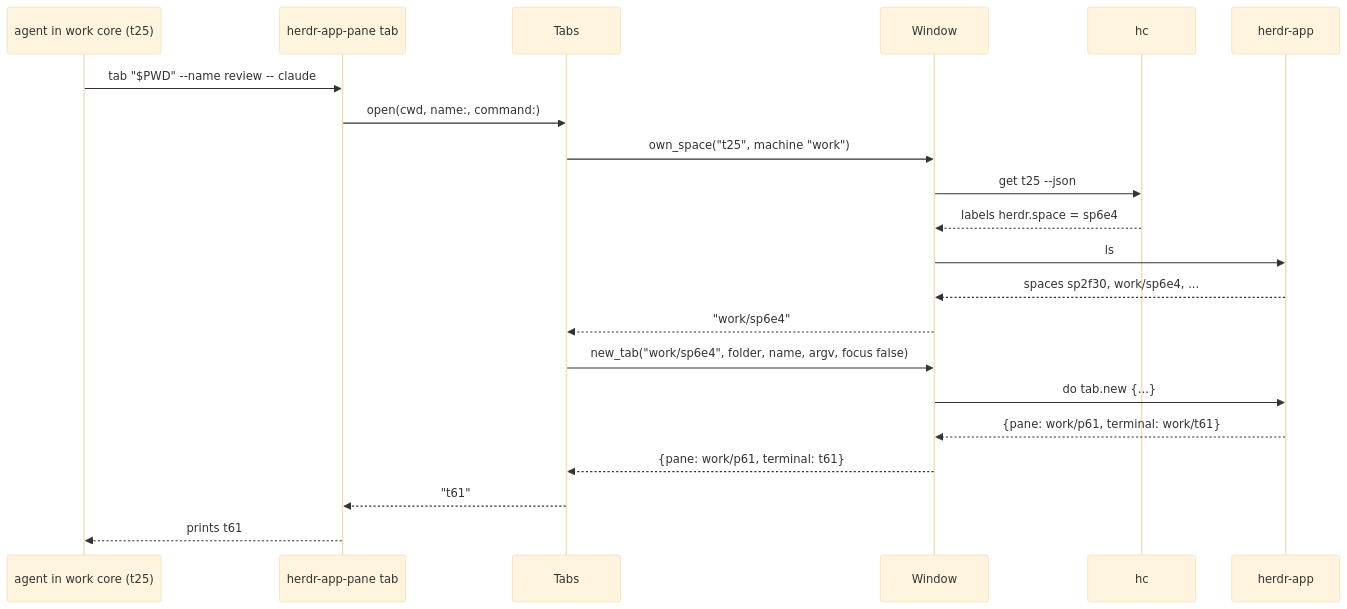
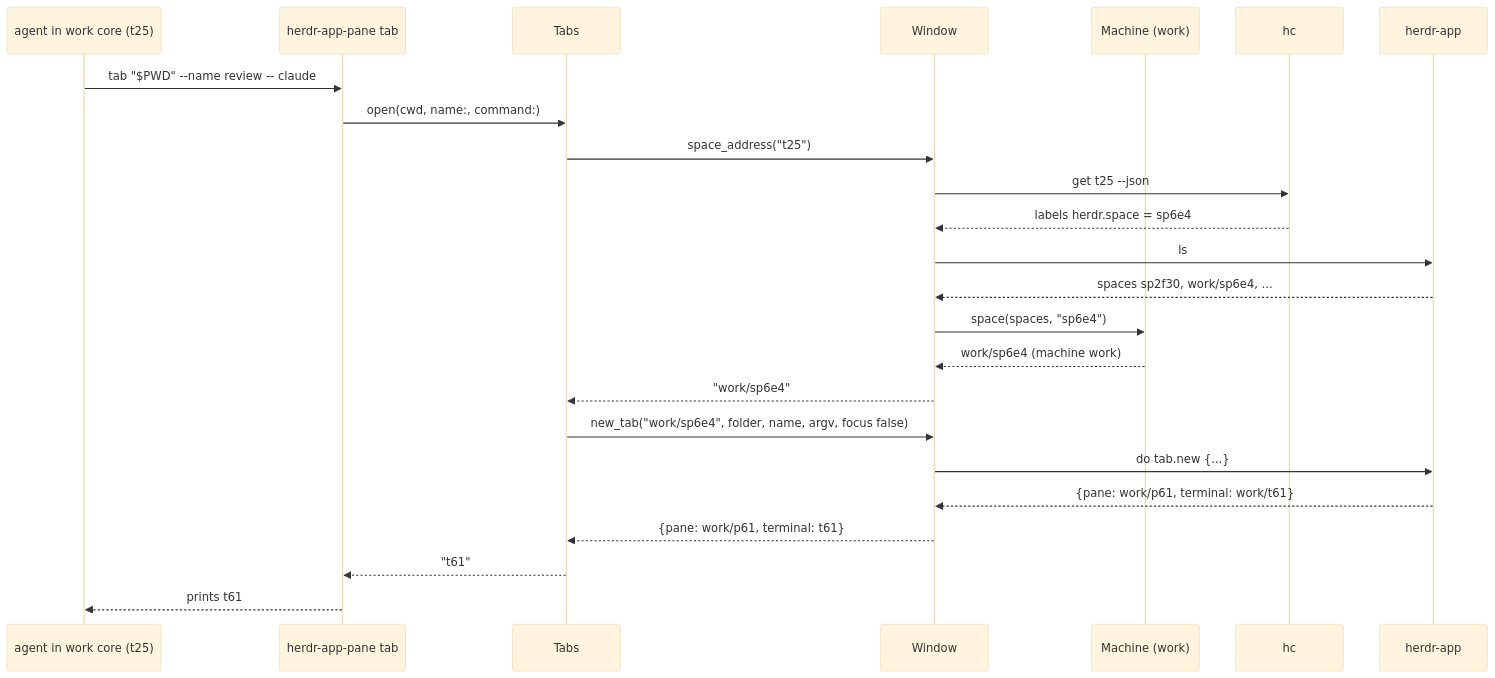
Before and after one commit to eirvandelden/dotfiles: the second of 2 diagrams in docs/changes/agents-open-herdr-app-tabs-in-own-core/plan.md, drawn with Mermaid (base theme). The commit also changed other lines of this file and 1 other file, not shown here.

Commit message:
docs: intent and plan for agents-open-herdr-app-tabs-in-own-core

````diff
--- a/docs/changes/agents-open-herdr-app-tabs-in-own-core/plan.md
+++ b/docs/changes/agents-open-herdr-app-tabs-in-own-core/plan.md
@@ -73,23 +81,26 @@
 ```mermaid
 sequenceDiagram
   participant Agent as agent in work core (t25)
   participant CLI as herdr-app-pane tab
   participant Tabs
   participant Window
+  participant Machine as Machine (work)
   participant hc
   participant App as herdr-app
   Agent ->> CLI : tab "$PWD" --name review -- claude
   CLI ->> Tabs : open(cwd, name:, command:)
-  Tabs ->> Window : own_space("t25", machine "work")
+  Tabs ->> Window : space_address("t25")
   Window ->> hc : get t25 --json
   hc -->> Window : labels herdr.space = sp6e4
   Window ->> App : ls
   App -->> Window : spaces sp2f30, work/sp6e4, ...
+  Window ->> Machine : space(spaces, "sp6e4")
+  Machine -->> Window : work/sp6e4 (machine work)
   Window -->> Tabs : "work/sp6e4"
   Tabs ->> Window : new_tab("work/sp6e4", folder, name, argv, focus false)
   Window ->> App : do tab.new {...}
   App -->> Window : {pane: work/p61, terminal: work/t61}
   Window -->> Tabs : {pane: work/p61, terminal: t61}
   Tabs -->> CLI : "t61"
   CLI -->> Agent : prints t61
 ```
````
